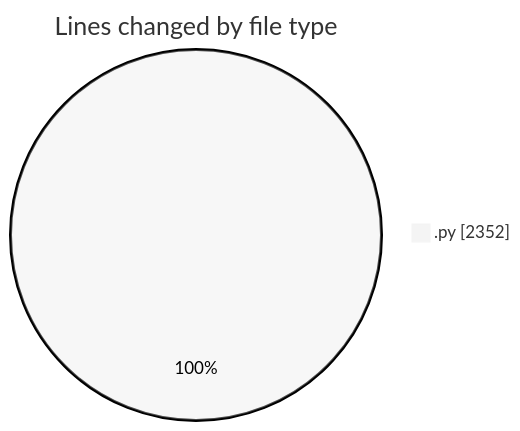
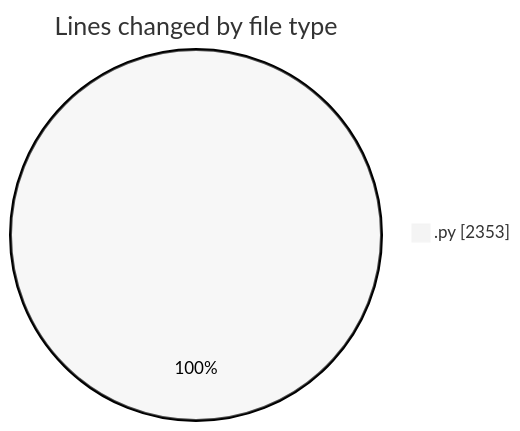
Before and after one commit to julien-gomy/code-tracking: the first of 2 diagrams in 2025-11-23/eventscop-api-guide__workspace_/README.md, drawn with Mermaid (neutral theme). The commit also changed other lines of this file and 1 other file, not shown here.

````diff
--- a/2025-11-23/eventscop-api-guide__workspace_/README.md
+++ b/2025-11-23/eventscop-api-guide__workspace_/README.md
@@ -31,5 +31,5 @@
 ```mermaid
 pie showData
 title Lines changed by file type
-".py" : 2352
+".py" : 2353
 ```
````
